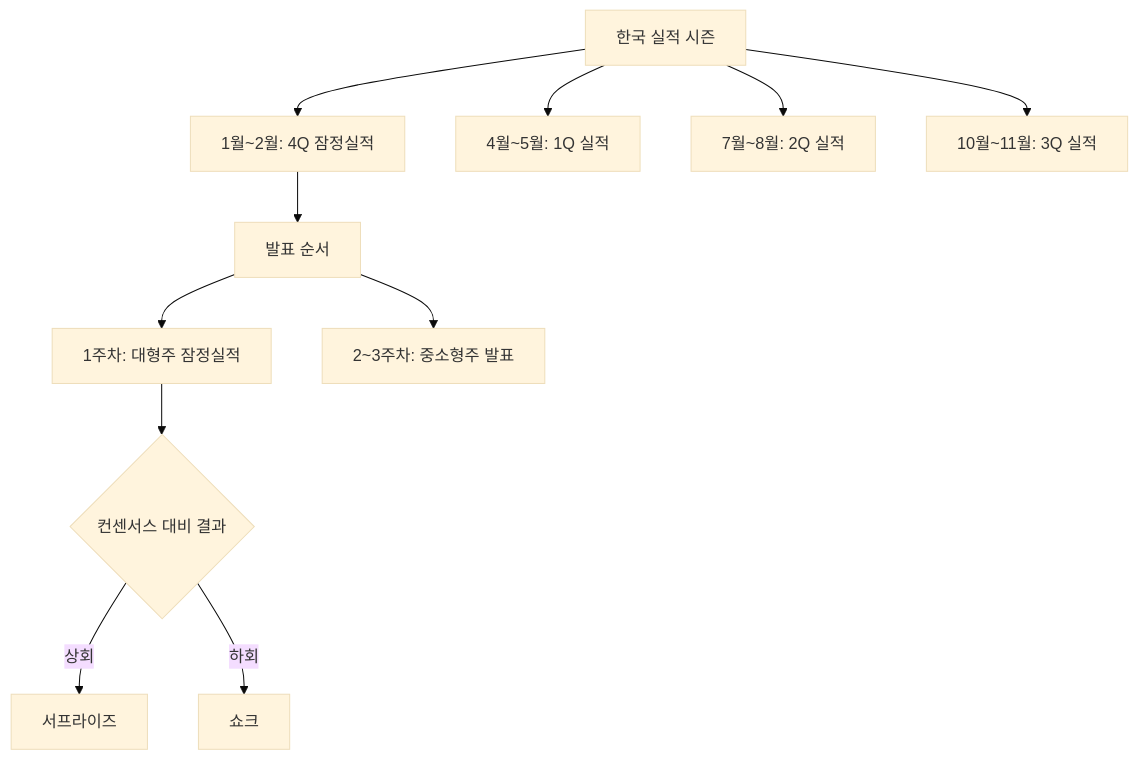
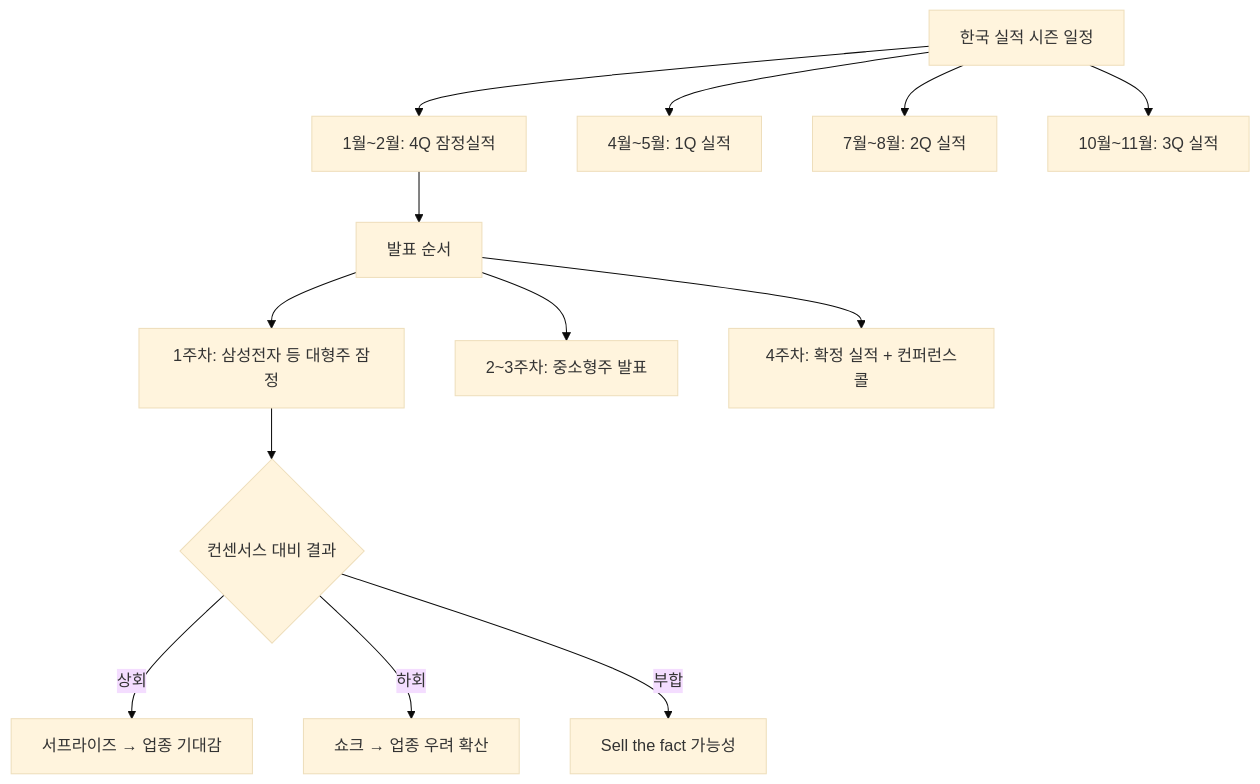
The diagram in content/stock-terms/ko/level-08-industry-macro/earnings-season.md (yeongseon/stock-visual-note), drawn with Mermaid (base theme) before and after one commit. The commit also changed other lines of this file and 9 other files, not shown here.

Commit message:
content: rewrite level-08 (10 articles) — richer diagrams, realistic scenarios, blog tone

````diff
--- a/content/stock-terms/ko/level-08-industry-macro/earnings-season.md
+++ b/content/stock-terms/ko/level-08-industry-macro/earnings-season.md
@@ -42,13 +43,16 @@
 ```mermaid
 graph TD
-    A["한국 실적 시즌"] --> Q1["1월~2월: 4Q 잠정실적"]
+    A["한국 실적 시즌 일정"]
+    A --> Q1["1월~2월: 4Q 잠정실적"]
     A --> Q2["4월~5월: 1Q 실적"]
     A --> Q3["7월~8월: 2Q 실적"]
     A --> Q4["10월~11월: 3Q 실적"]
     Q1 --> S["발표 순서"]
-    S --> L["1주차: 대형주 잠정실적"]
+    S --> L["1주차: 삼성전자 등 대형주 잠정"]
     S --> M["2~3주차: 중소형주 발표"]
+    S --> N["4주차: 확정 실적 + 컨퍼런스콜"]
     L --> R{"컨센서스 대비 결과"}
-    R -->|"상회"| UP["서프라이즈"]
-    R -->|"하회"| DN["쇼크"]
+    R -->|"상회"| UP["서프라이즈 → 업종 기대감"]
+    R -->|"하회"| DN["쇼크 → 업종 우려 확산"]
+    R -->|"부합"| NT["Sell the fact 가능성"]
 ```
````
